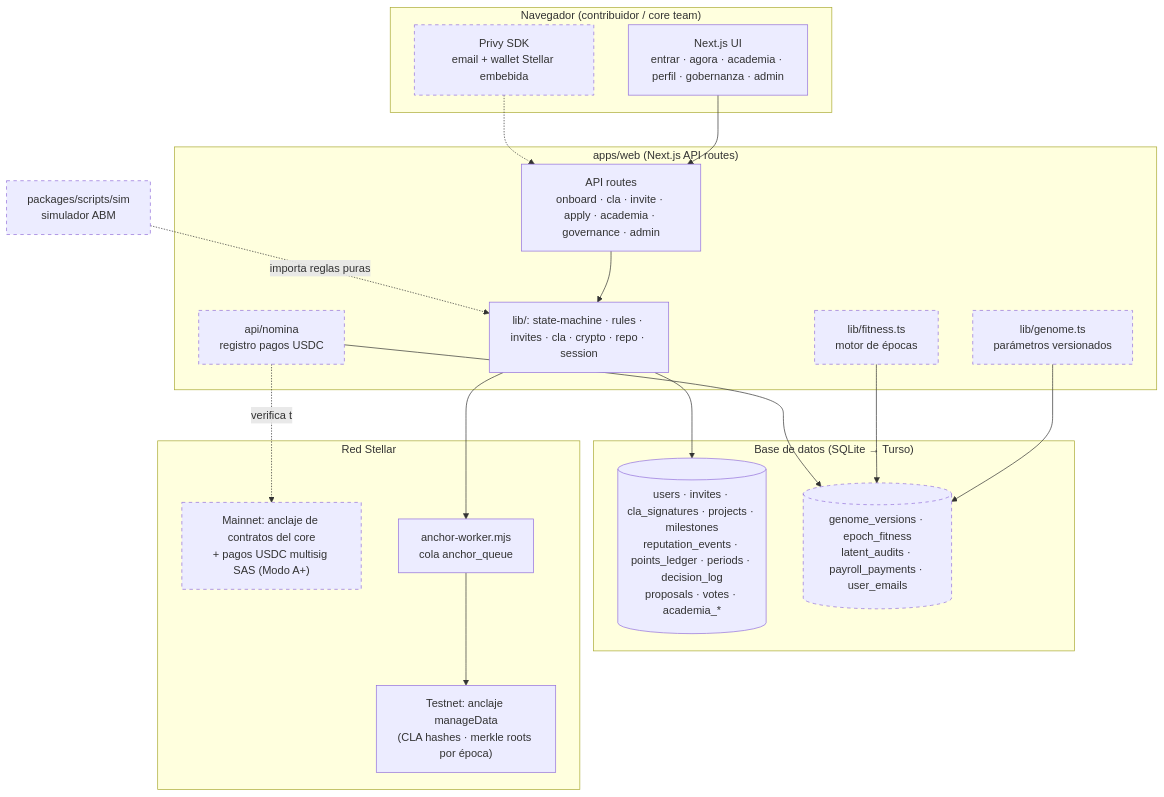
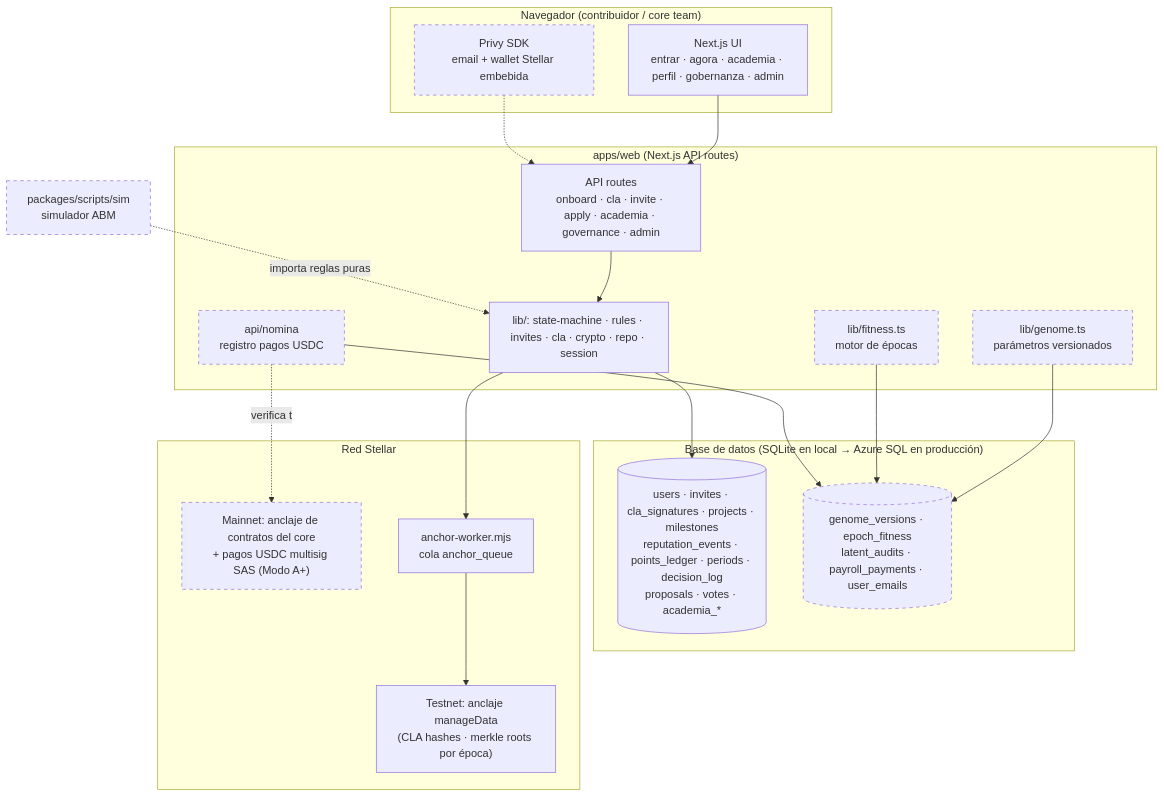
Before and after one commit to zelena-tech/zelena-dapp: the diagram in docs/blueprints/01-arquitectura.md, drawn with Mermaid. The commit also changed other lines of this file and 52 other files, not shown here.

````diff
--- a/docs/blueprints/01-arquitectura.md
+++ b/docs/blueprints/01-arquitectura.md
@@ -5,42 +5,42 @@
 ```mermaid
 graph TB
     subgraph Cliente["Navegador (contribuidor / core team)"]
         UI["Next.js UI<br/>entrar · agora · academia · perfil · gobernanza · admin"]
         PRIVY["Privy SDK<br/>email + wallet Stellar embebida"]:::nuevo
     end
 
     subgraph Servidor["apps/web (Next.js API routes)"]
         API["API routes<br/>onboard · cla · invite · apply · academia · governance · admin"]
         LIBS["lib/: state-machine · rules · invites · cla · crypto · repo · session"]
         GENOME["lib/genome.ts<br/>parámetros versionados"]:::nuevo
         FITNESS["lib/fitness.ts<br/>motor de épocas"]:::nuevo
         NOMINA["api/nomina<br/>registro pagos USDC"]:::nuevo
     end
 
-    subgraph Datos["Base de datos (SQLite → Turso)"]
+    subgraph Datos["Base de datos (SQLite en local → Azure SQL en producción)"]
         DB[("users · invites · cla_signatures · projects · milestones<br/>reputation_events · points_ledger · periods · decision_log<br/>proposals · votes · academia_*")]
         DBNEW[("genome_versions · epoch_fitness<br/>latent_audits · payroll_payments · user_emails")]:::nuevo
     end
 
     subgraph Stellar["Red Stellar"]
         TESTNET["Testnet: anclaje manageData<br/>(CLA hashes · merkle roots por época)"]
         MAINNET["Mainnet: anclaje de contratos del core<br/>+ pagos USDC multisig SAS (Modo A+)"]:::nuevo
         WORKER["anchor-worker.mjs<br/>cola anchor_queue"]
     end
 
     SIM["packages/scripts/sim<br/>simulador ABM"]:::nuevo
 
     UI --> API
     PRIVY -.-> API
     API --> LIBS
     LIBS --> DB
     GENOME --> DBNEW
     FITNESS --> DBNEW
     NOMINA --> DBNEW
     LIBS --> WORKER
     WORKER --> TESTNET
     NOMINA -.verifica tx.-> MAINNET
     SIM -.importa reglas puras.-> LIBS
 
     classDef nuevo stroke-dasharray: 5 5
 ```
````
